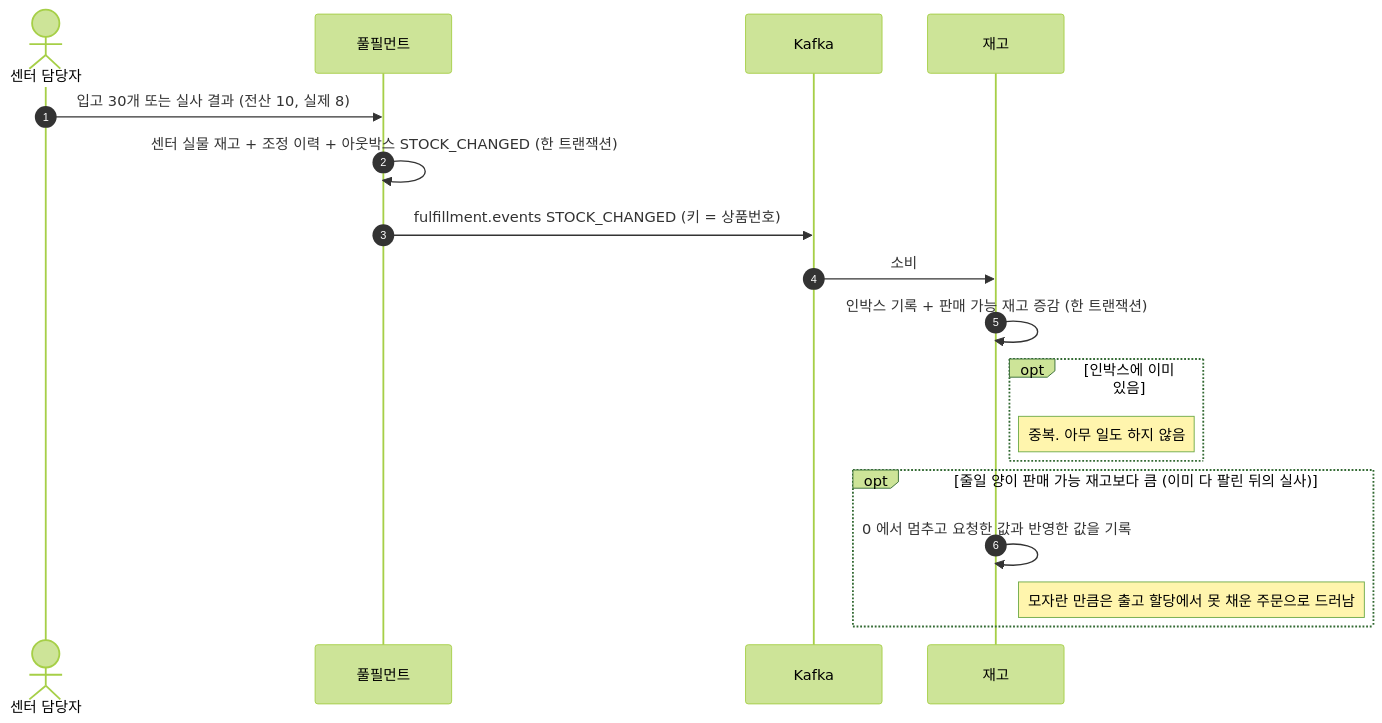
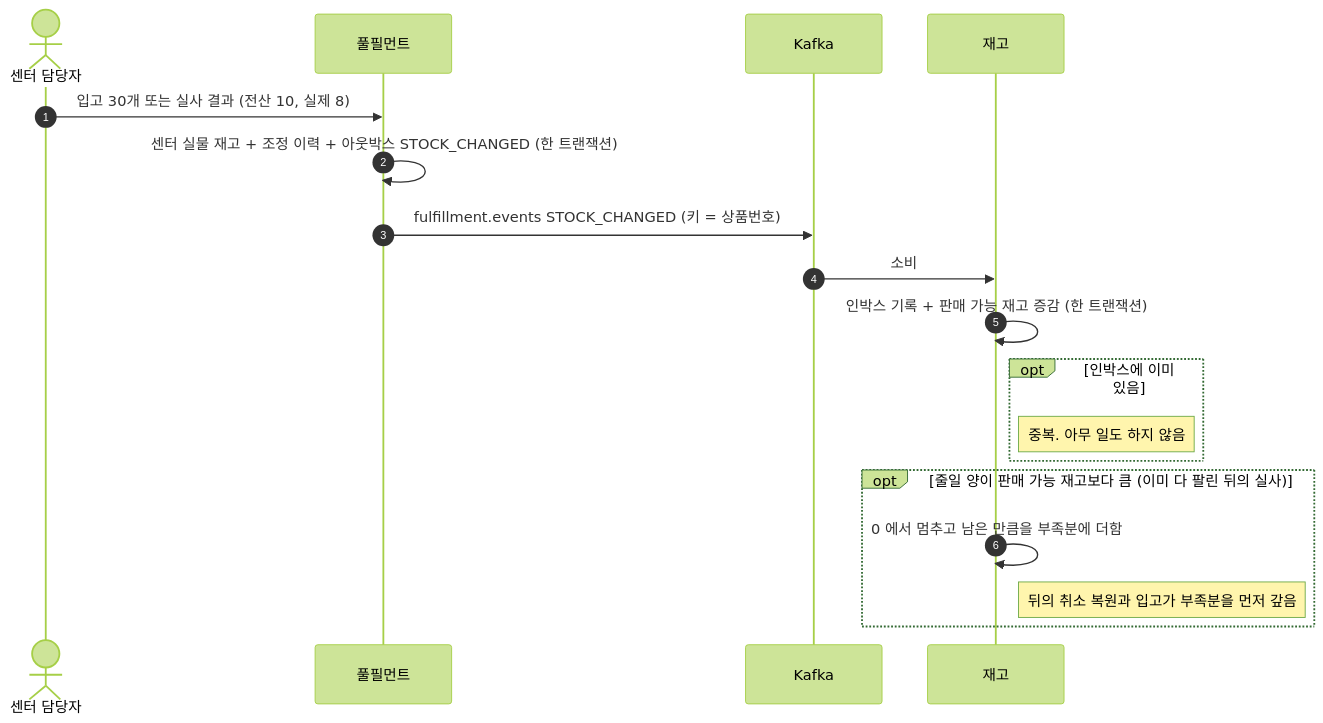
Before and after one commit to Bamdule/dawn-delivery-commerce: the fifth of 5 diagrams in docs/sequence/02-재고.md, drawn with Mermaid (forest theme). The commit also changed other lines of this file and 16 other files, not shown here.

````diff
--- a/docs/sequence/02-재고.md
+++ b/docs/sequence/02-재고.md
@@ -151,21 +154,21 @@
 ```mermaid
 sequenceDiagram
     autonumber
     actor 센터 as 센터 담당자
     participant 풀필먼트
     participant 카프카 as Kafka
     participant 재고
 
     센터->>풀필먼트: 입고 30개 또는 실사 결과 (전산 10, 실제 8)
     풀필먼트->>풀필먼트: 센터 실물 재고 + 조정 이력 + 아웃박스 STOCK_CHANGED (한 트랜잭션)
     풀필먼트->>카프카: fulfillment.events STOCK_CHANGED (키 = 상품번호)
     카프카->>재고: 소비
     재고->>재고: 인박스 기록 + 판매 가능 재고 증감 (한 트랜잭션)
     opt 인박스에 이미 있음
         Note right of 재고: 중복. 아무 일도 하지 않음
     end
     opt 줄일 양이 판매 가능 재고보다 큼 (이미 다 팔린 뒤의 실사)
-        재고->>재고: 0 에서 멈추고 요청한 값과 반영한 값을 기록
-        Note right of 재고: 모자란 만큼은 출고 할당에서 못 채운 주문으로 드러남
+        재고->>재고: 0 에서 멈추고 남은 만큼을 부족분에 더함
+        Note right of 재고: 뒤의 취소 복원과 입고가 부족분을 먼저 갚음
     end
 ```
````
